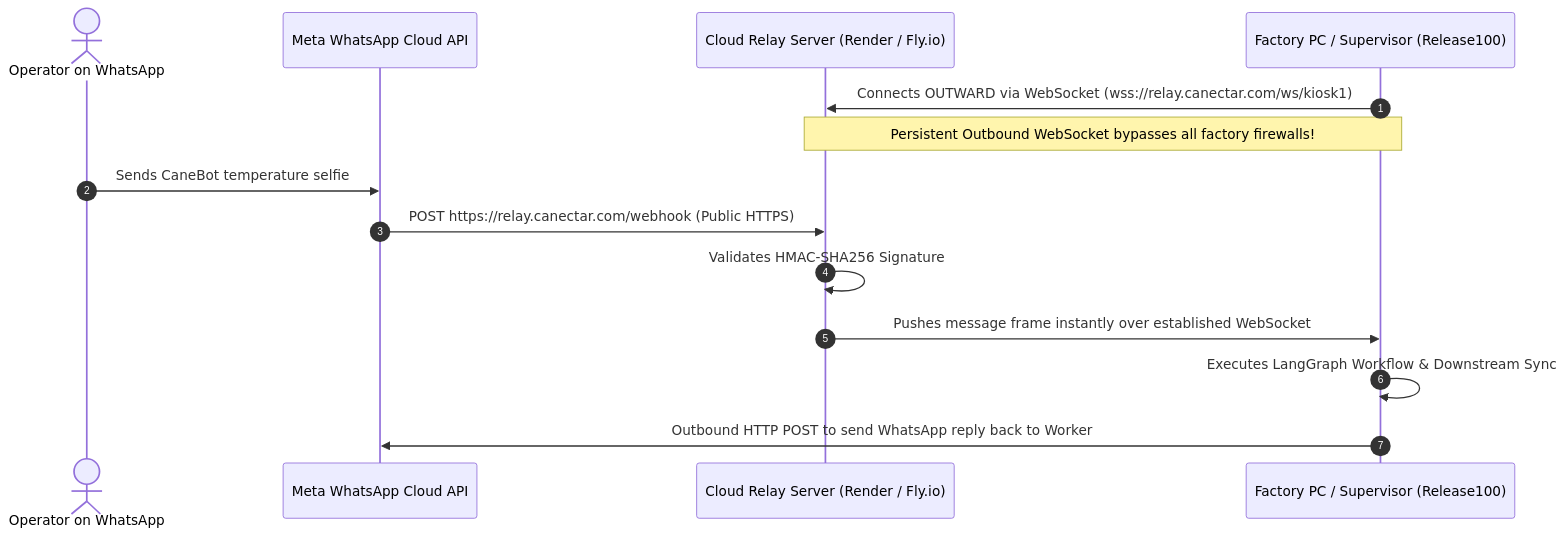
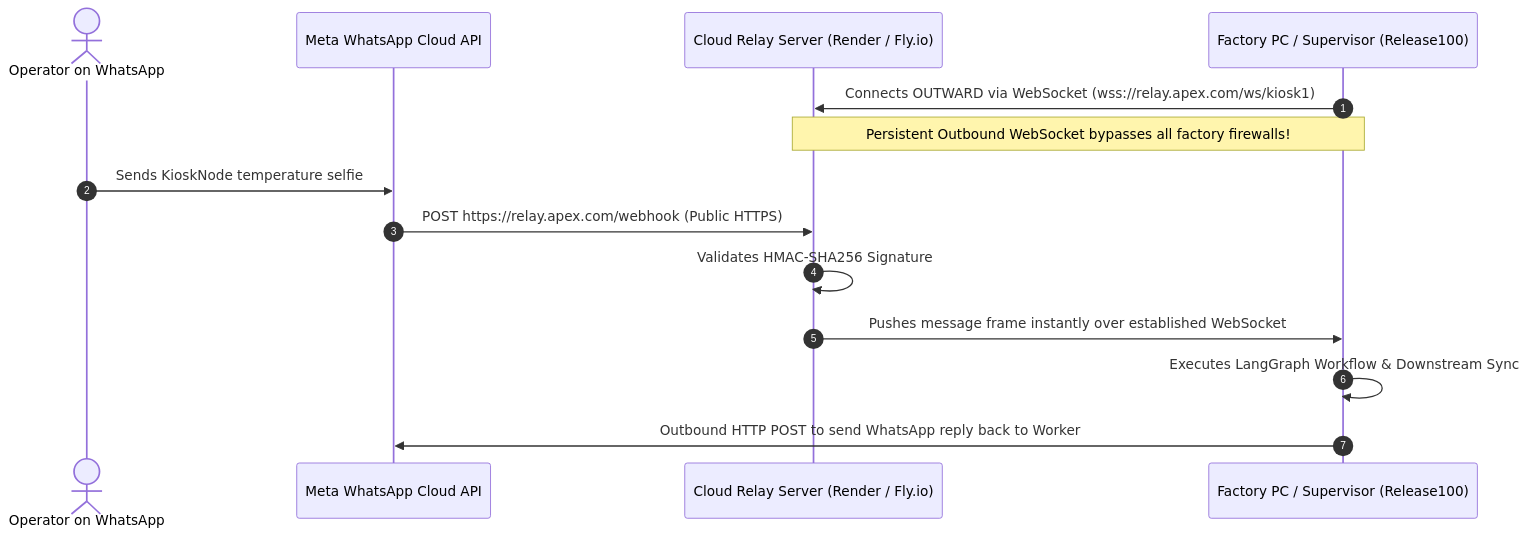
Before and after one commit to meetmahendra/Release100: the second of 3 diagrams in plans/05_deployment_and_packaging_hub_v1.0.md, drawn with Mermaid. The commit also changed other lines of this file and 41 other files, not shown here.

````diff
--- a/plans/05_deployment_and_packaging_hub_v1.0.md
+++ b/plans/05_deployment_and_packaging_hub_v1.0.md
@@ -119,18 +119,18 @@
 ```mermaid
 sequenceDiagram
     autonumber
     actor Worker as Operator on WhatsApp
     participant Meta as Meta WhatsApp Cloud API
     participant CloudRelay as Cloud Relay Server (Render / Fly.io)
     participant LocalHost as Factory PC / Supervisor (Release100)
 
-    LocalHost->>CloudRelay: Connects OUTWARD via WebSocket (wss://relay.canectar.com/ws/kiosk1)
+    LocalHost->>CloudRelay: Connects OUTWARD via WebSocket (wss://relay.apex.com/ws/kiosk1)
     Note over LocalHost,CloudRelay: Persistent Outbound WebSocket bypasses all factory firewalls!
     
-    Worker->>Meta: Sends CaneBot temperature selfie
-    Meta->>CloudRelay: POST https://relay.canectar.com/webhook (Public HTTPS)
+    Worker->>Meta: Sends KioskNode temperature selfie
+    Meta->>CloudRelay: POST https://relay.apex.com/webhook (Public HTTPS)
     CloudRelay->>CloudRelay: Validates HMAC-SHA256 Signature
     CloudRelay->>LocalHost: Pushes message frame instantly over established WebSocket
     LocalHost->>LocalHost: Executes LangGraph Workflow & Downstream Sync
     LocalHost->>Meta: Outbound HTTP POST to send WhatsApp reply back to Worker
 ```
````
